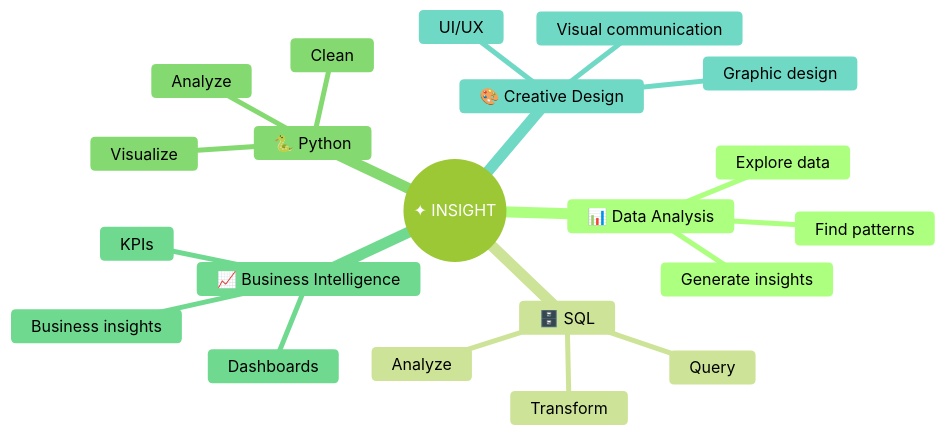
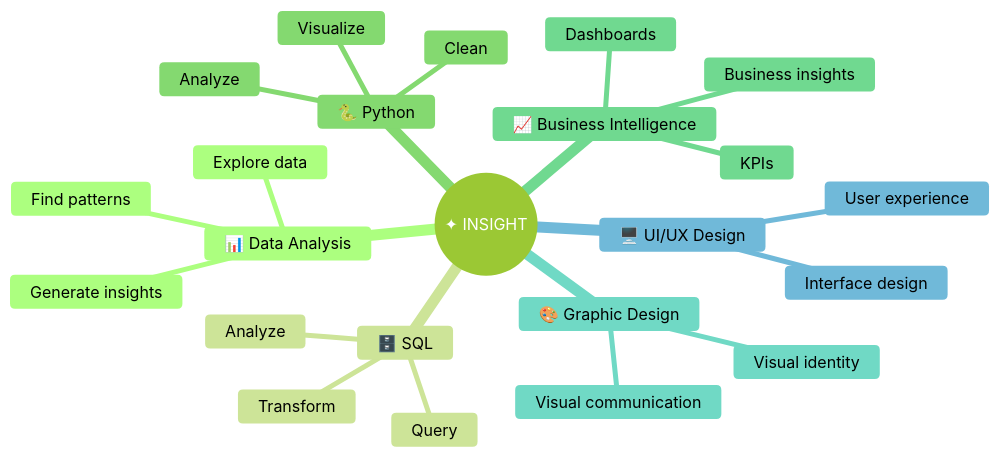
Before and after one commit to walaa-abdelkader/walaa-abdelkader: the second of 2 diagrams in README.md, drawn with Mermaid (forest theme). The commit also changed other lines of this file, not shown here.

````diff
--- a/README.md
+++ b/README.md
@@ -125,24 +152,26 @@
 ```mermaid
 mindmap
   root((✦ INSIGHT))
     📊 Data Analysis
       Explore data
       Find patterns
       Generate insights
     🗄️ SQL
       Query
       Transform
       Analyze
     🐍 Python
       Clean
       Analyze
       Visualize
     📈 Business Intelligence
       Dashboards
       KPIs
       Business insights
-    🎨 Creative Design
-      Graphic design
-      UI/UX
+    🎨 Graphic Design
+      Visual identity
       Visual communication
+    🖥️ UI/UX Design
+      User experience
+      Interface design
 ```
````
